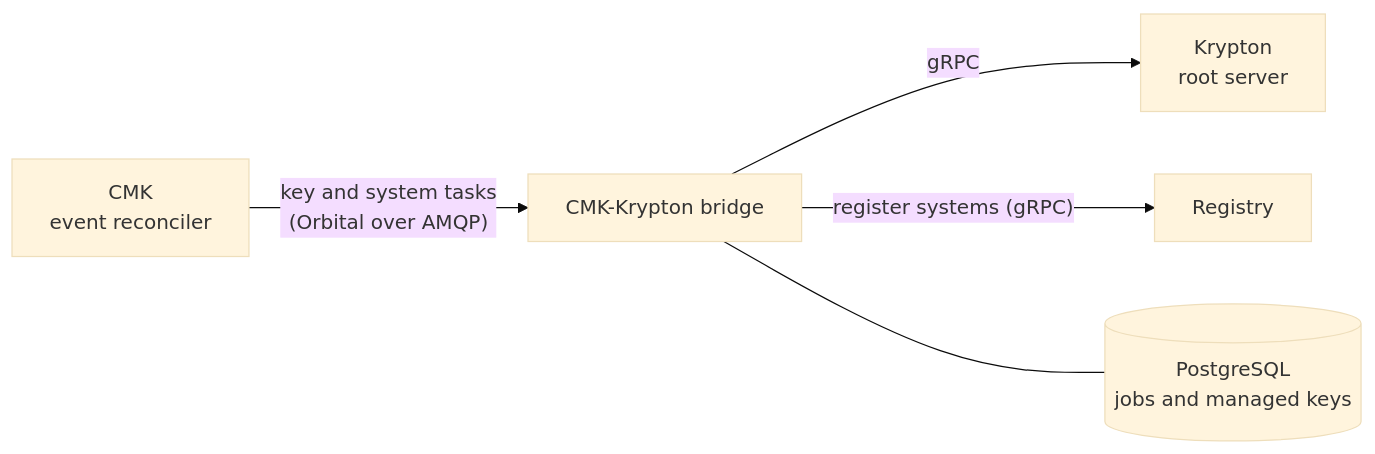
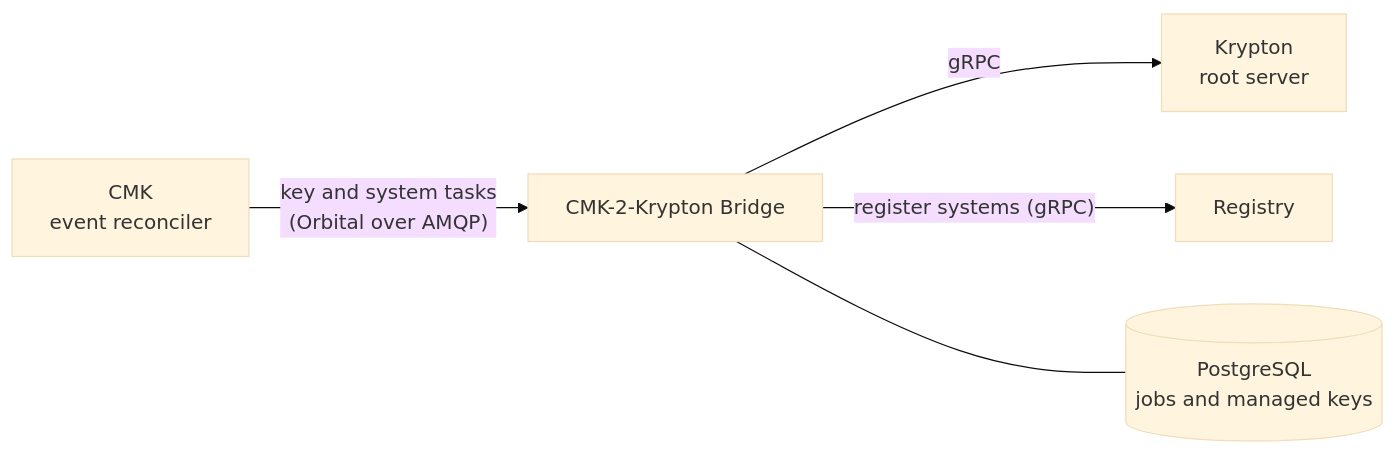
One commit to openkcm/openkcm.github.io changed the diagram in docs/components/cmk/krypton-bridge.md. Above: the diagram before and after it, drawn with Mermaid (base theme). The commit also changed other lines of this file and 9 other files, not shown here.

````diff
--- a/docs/components/cmk/krypton-bridge.md
+++ b/docs/components/cmk/krypton-bridge.md
@@ -17,7 +17,7 @@
 ```mermaid
 flowchart LR
-    C["CMK<br/>event reconciler"] -- "key and system tasks<br/>(Orbital over AMQP)" --> B["CMK-Krypton bridge"]
+    C["CMK<br/>event reconciler"] -- "key and system tasks<br/>(Orbital over AMQP)" --> B["CMK-2-Krypton Bridge"]
     B -- "gRPC" --> K["Krypton<br/>root server"]
     B -- "register systems (gRPC)" --> R["Registry"]
     B --- DB[("PostgreSQL<br/>jobs and managed keys")]
 ```
````
